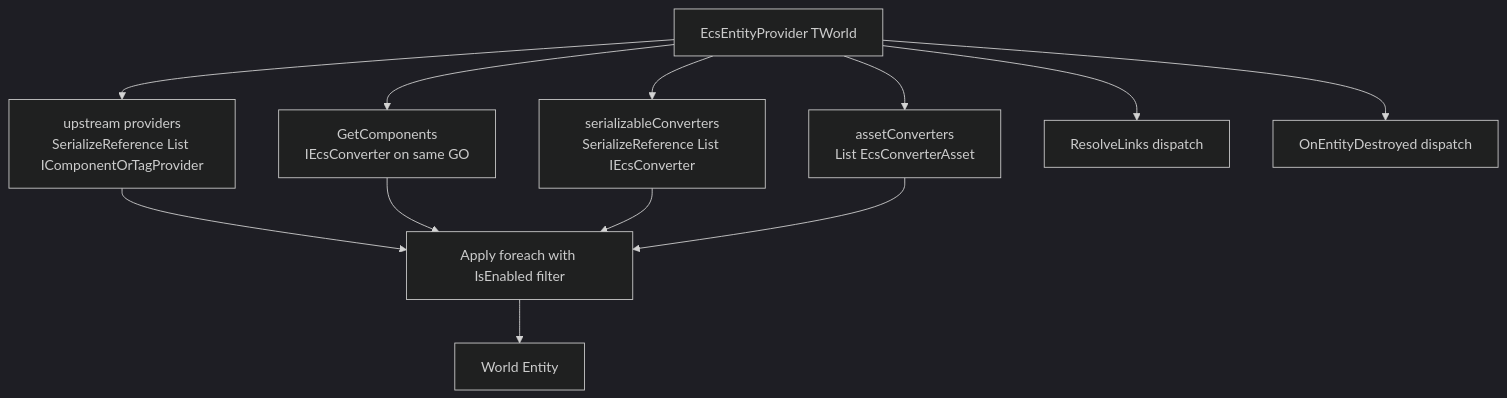
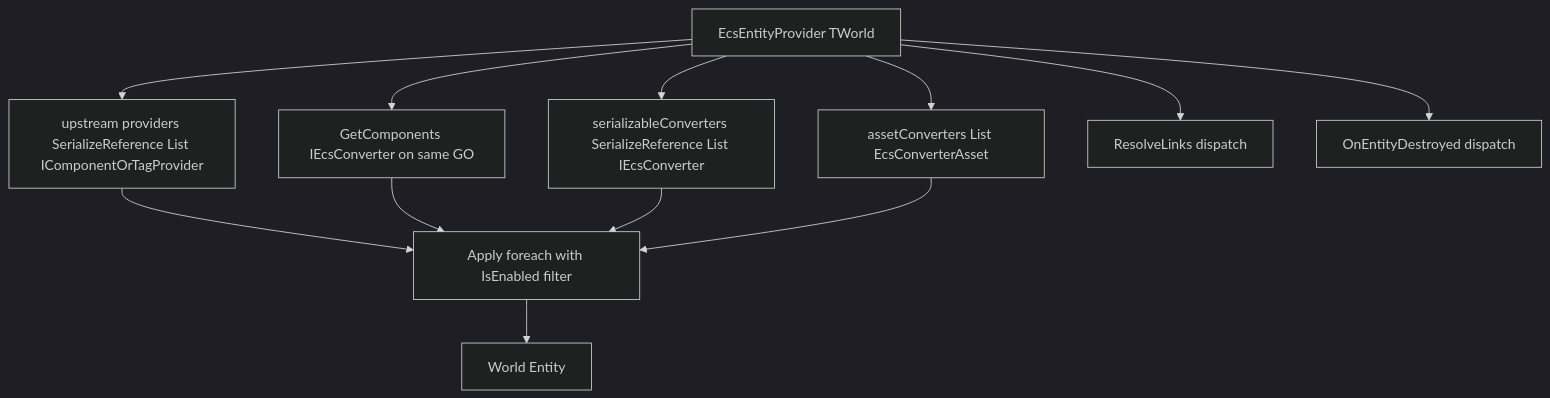
One commit to UnioGame/unigame.staticecs.unity changed the diagram in README.md. Above: the diagram before and after it, drawn with Mermaid (dark theme). The commit also changed other lines of this file, not shown here.

````diff
--- a/README.md
+++ b/README.md
@@ -27,24 +42,24 @@
 ```mermaid
 flowchart TB
   Provider["EcsEntityProvider TWorld"]
-  UpstreamProviders["upstream providers<br/>SerializeReference List IComponentOrTagProvider"]
-  Serialized["serializableConverters<br/>SerializeReference List IEcsConverter"]
-  Assets["assetConverters<br/>List EcsConverterAsset"]
-  Mono["GetComponents<br/>IEcsConverter on same GO"]
+  UpstreamProviders["upstream providers SerializeReference List IComponentOrTagProvider"]
+  Serialized["serializableConverters SerializeReference List IEcsConverter"]
+  Assets["assetConverters List EcsConverterAsset"]
+  Mono["GetComponents IEcsConverter on same GO"]
   Pipeline["Apply foreach with IsEnabled filter"]
   Entity["World Entity"]
   ResolveLinks["ResolveLinks dispatch"]
   Destroy["OnEntityDestroyed dispatch"]
 
   Provider --> UpstreamProviders
   Provider --> Mono
   Provider --> Serialized
   Provider --> Assets
   UpstreamProviders --> Pipeline
   Mono --> Pipeline
   Serialized --> Pipeline
   Assets --> Pipeline
   Pipeline --> Entity
   Provider --> ResolveLinks
   Provider --> Destroy
 ```
````
